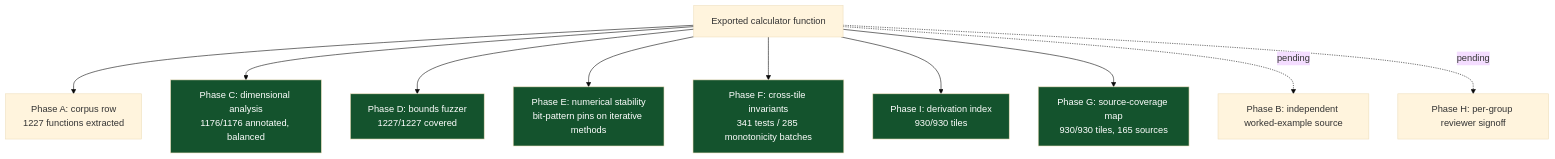
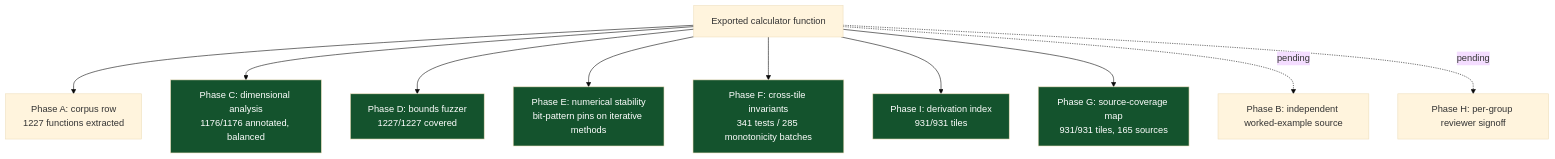
The sixth of 8 diagrams in README.md (clay-good/roughlogic.com), drawn with Mermaid (base theme) before and after one commit. The commit also changed other lines of this file and 17 other files, not shown here.

````diff
--- a/README.md
+++ b/README.md
@@ -519,18 +519,18 @@
 ```mermaid
 flowchart TB
     F[Exported calculator function] --> A[Phase A: corpus row\n1227 functions extracted]
     F --> C[Phase C: dimensional analysis\n1176/1176 annotated, balanced]
     F --> D[Phase D: bounds fuzzer\n1227/1227 covered]
     F --> E[Phase E: numerical stability\nbit-pattern pins on iterative methods]
     F --> Fa[Phase F: cross-tile invariants\n341 tests / 285 monotonicity batches]
-    F --> I[Phase I: derivation index\n930/930 tiles]
-    F --> G[Phase G: source-coverage map\n930/930 tiles, 165 sources]
+    F --> I[Phase I: derivation index\n931/931 tiles]
+    F --> G[Phase G: source-coverage map\n931/931 tiles, 165 sources]
     F -.pending.-> B[Phase B: independent worked-example source]
     F -.pending.-> H[Phase H: per-group reviewer signoff]
     style C fill:#14532d,color:#fff
     style D fill:#14532d,color:#fff
     style E fill:#14532d,color:#fff
     style Fa fill:#14532d,color:#fff
     style G fill:#14532d,color:#fff
     style I fill:#14532d,color:#fff
 ```
````
